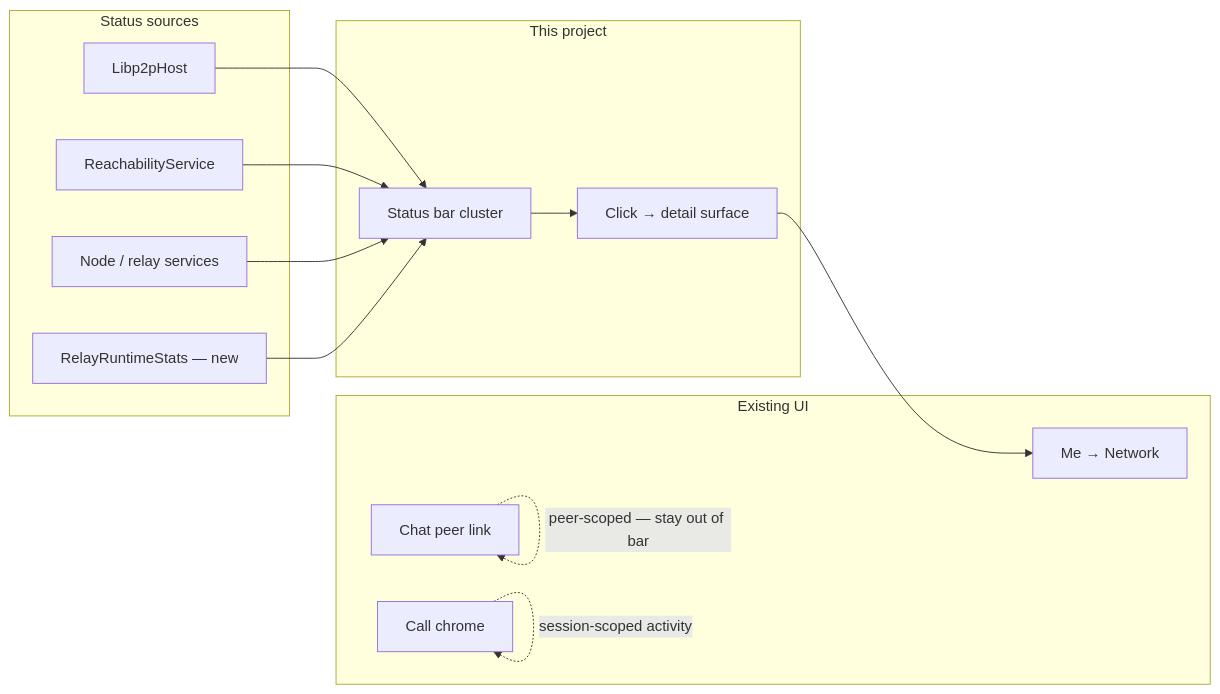
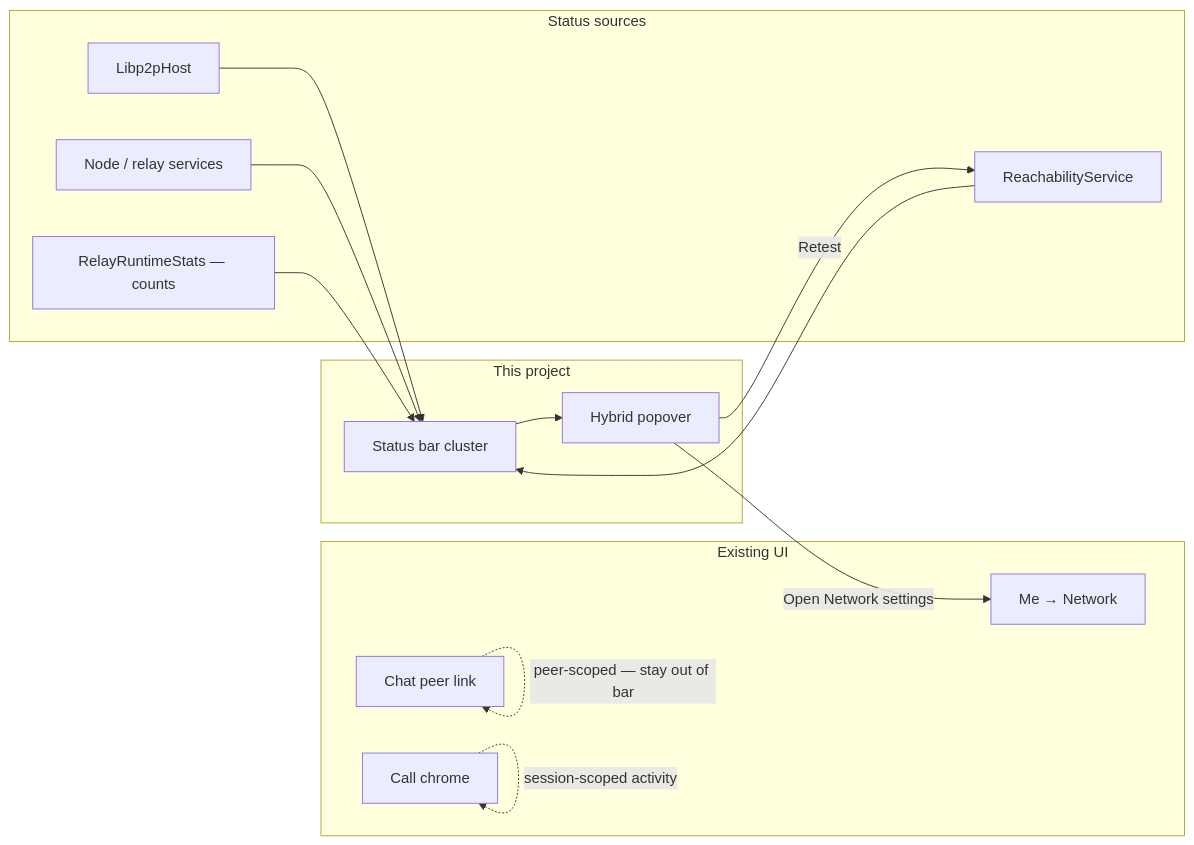
One commit to people-post/pp-browser changed the diagram in projects/network-status-chrome/README.md. Above: the diagram before and after it, drawn with Mermaid. The commit also changed other lines of this file and 5 other files, not shown here.

````diff
--- a/projects/network-status-chrome/README.md
+++ b/projects/network-status-chrome/README.md
@@ -36,26 +48,27 @@
 ```mermaid
 flowchart LR
   subgraph sources [Status sources]
     Host[Libp2pHost]
     Reach[ReachabilityService]
     Help[Node / relay services]
-    Stats[RelayRuntimeStats — new]
+    Stats[RelayRuntimeStats — counts]
   end
   subgraph chrome [This project]
     Bar[Status bar cluster]
-    Detail[Click → detail surface]
+    Pop[Hybrid popover]
   end
   subgraph existing [Existing UI]
     MeNet[Me → Network]
     ChatLink[Chat peer link]
     CallChrome[Call chrome]
   end
   Host --> Bar
   Reach --> Bar
   Help --> Bar
   Stats --> Bar
-  Bar --> Detail
-  Detail --> MeNet
+  Bar --> Pop
+  Pop -->|Retest| Reach
+  Pop -->|Open Network settings| MeNet
   ChatLink -.->|peer-scoped — stay out of bar| ChatLink
   CallChrome -.->|session-scoped activity| CallChrome
 ```
````
